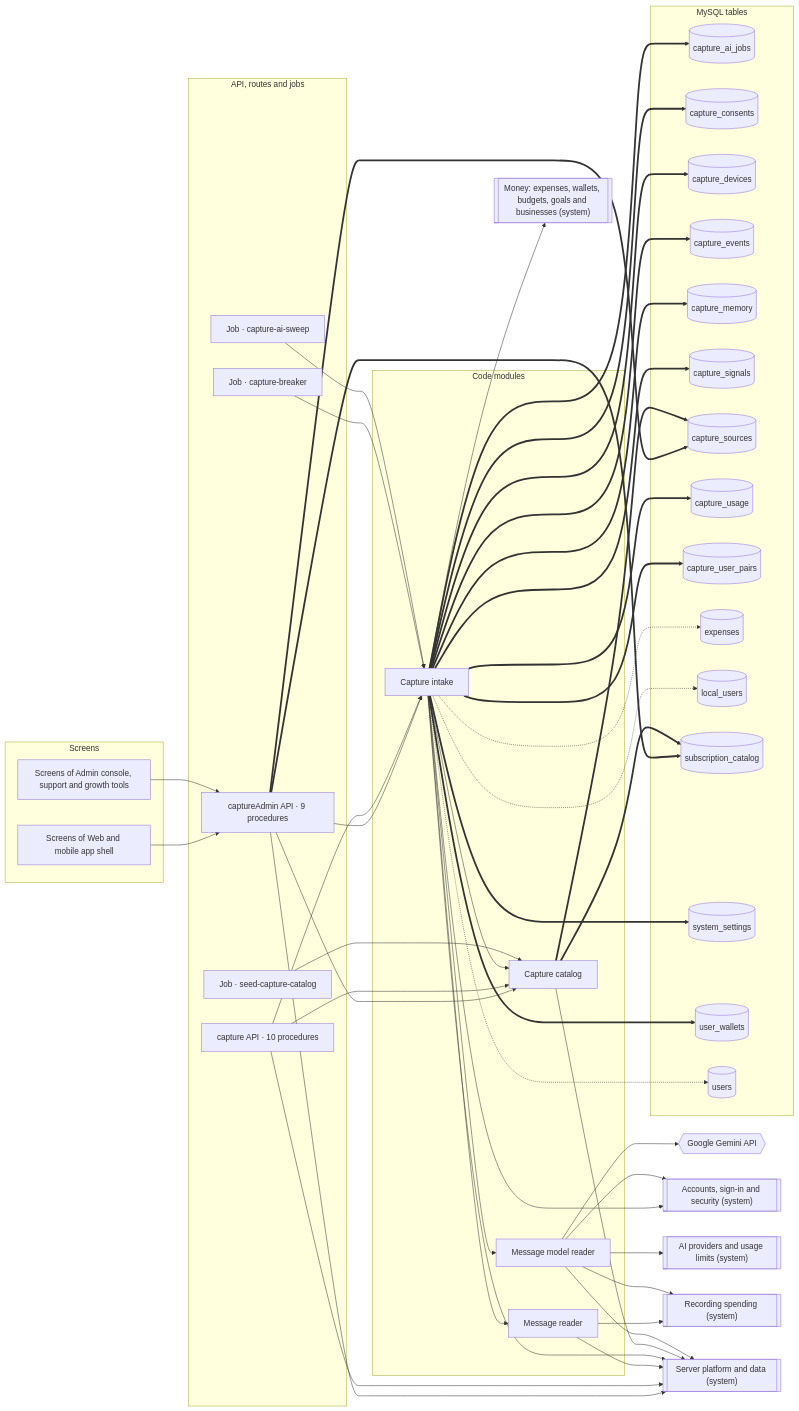
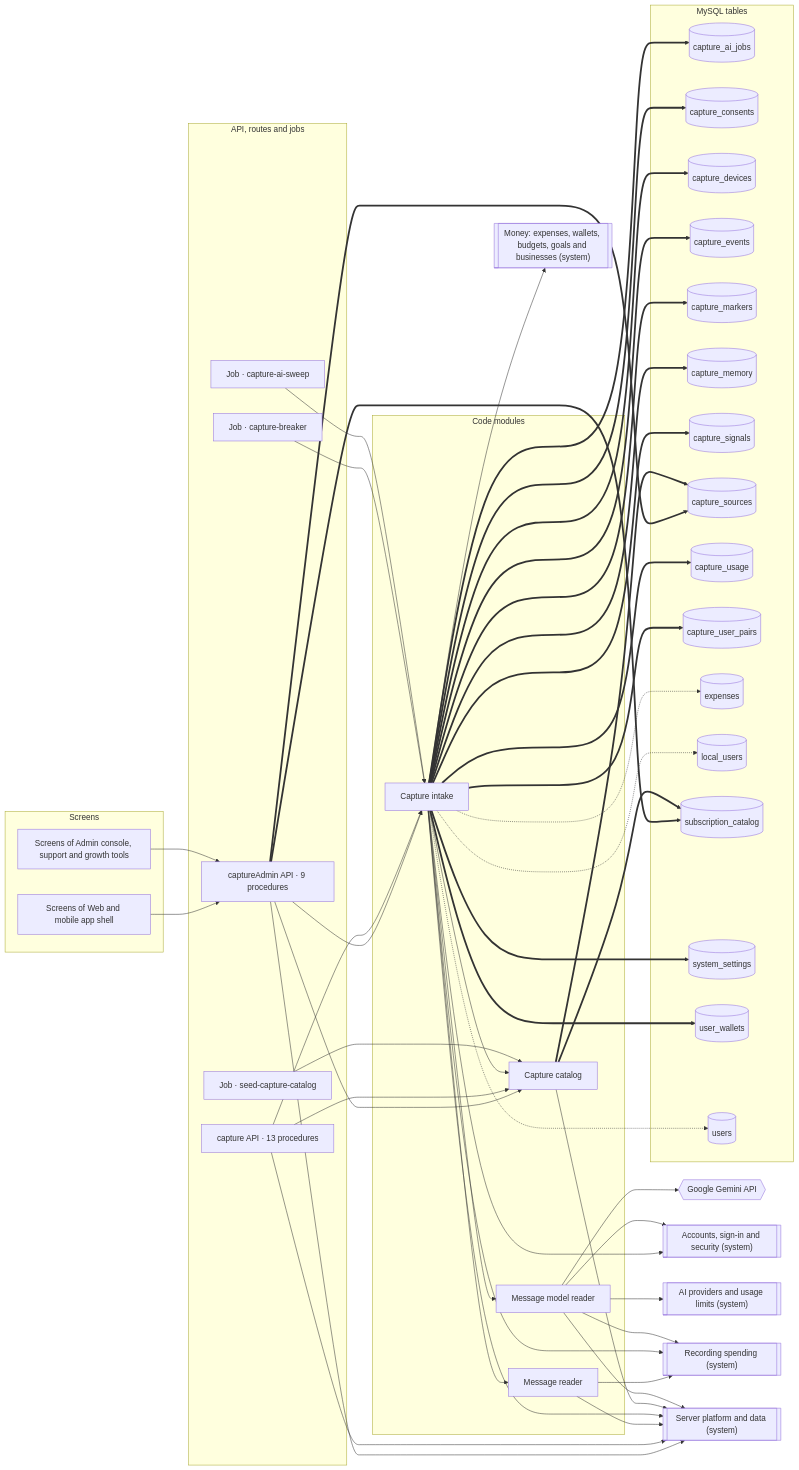
Before and after one commit to mahmoudtaherr111/smartspend_mini_all: the diagram in docs/atlas/systems/bank-messages.md, drawn with Mermaid. The commit also changed other lines of this file and 51 other files, not shown here.

```diff
--- a/docs/atlas/systems/bank-messages.md
+++ b/docs/atlas/systems/bank-messages.md
@@ -21,7 +21,7 @@
     job_capture_breaker["Job · capture-breaker"]
     job_seed_capture_catalog["Job · seed-capture-catalog"]
     router_captureAdmin["captureAdmin API · 9 procedures"]
-    router_capture["capture API · 10 procedures"]
+    router_capture["capture API · 13 procedures"]
   end
   subgraph g_modules["Code modules"]
     mod_capture_ai_reader["Message model reader"]
@@ -34,6 +34,7 @@
     tbl_capture_consents[("capture_consents")]
     tbl_capture_devices[("capture_devices")]
     tbl_capture_events[("capture_events")]
+    tbl_capture_markers[("capture_markers")]
     tbl_capture_memory[("capture_memory")]
     tbl_capture_signals[("capture_signals")]
     tbl_capture_sources[("capture_sources")]
@@ -67,6 +68,7 @@
   mod_capture_intake --> mod_capture_catalog
   mod_capture_intake --> mod_capture_reader
   mod_capture_intake --> sys_accounts
+  mod_capture_intake --> sys_expense_capture
   mod_capture_intake --> sys_money
   mod_capture_intake --> sys_platform
   mod_capture_intake -.-> tbl_expenses
@@ -76,6 +78,7 @@
   mod_capture_intake ==> tbl_capture_consents
   mod_capture_intake ==> tbl_capture_devices
   mod_capture_intake ==> tbl_capture_events
+  mod_capture_intake ==> tbl_capture_markers
   mod_capture_intake ==> tbl_capture_memory
   mod_capture_intake ==> tbl_capture_signals
   mod_capture_intake ==> tbl_capture_usage
```
